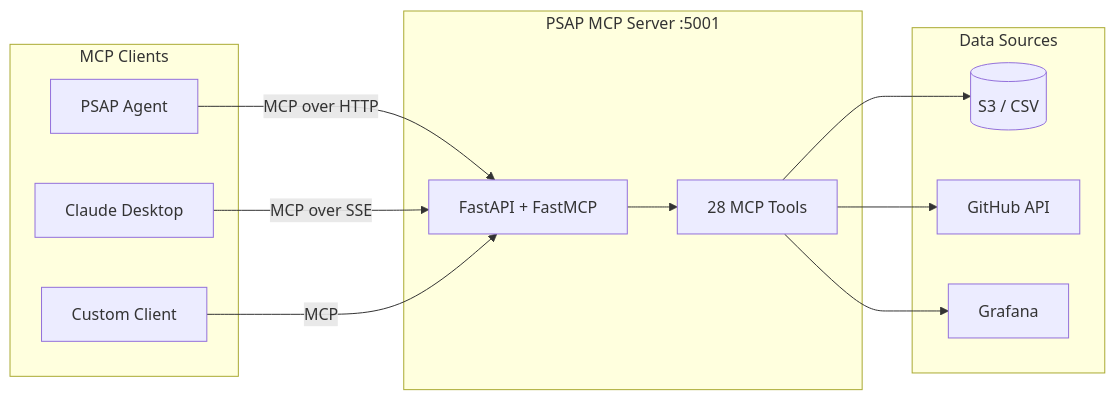
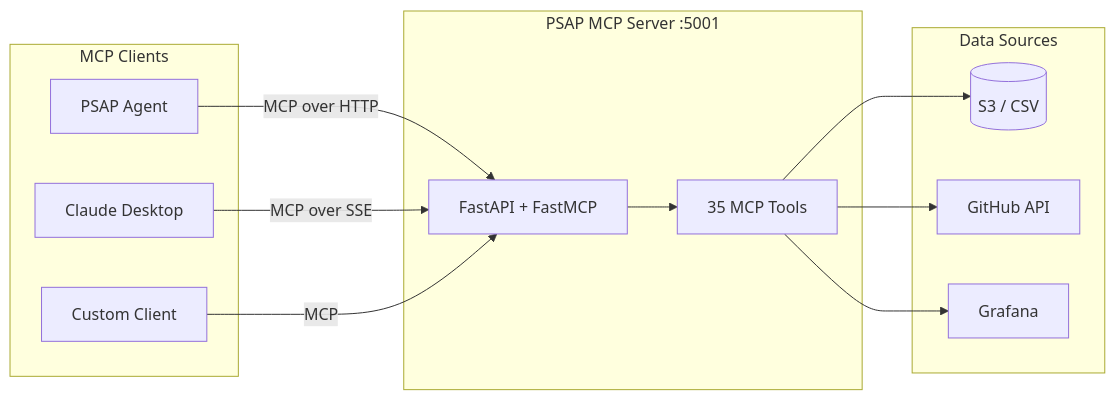
The diagram in psap-mcp-server/README.md (openshift-psap/Performance-Analysis-Agent), drawn with Mermaid before and after one commit. The commit also changed other lines of this file and 40 other files, not shown here.

````diff
--- a/psap-mcp-server/README.md
+++ b/psap-mcp-server/README.md
@@ -26,27 +26,27 @@
 ```mermaid
 graph LR
     subgraph clients [MCP Clients]
         Agent[PSAP Agent]
         Claude[Claude Desktop]
         Custom[Custom Client]
     end
 
     subgraph server [PSAP MCP Server :5001]
         API[FastAPI + FastMCP]
-        Tools[28 MCP Tools]
+        Tools[35 MCP Tools]
     end
 
     subgraph data [Data Sources]
         S3[(S3 / CSV)]
         GH[GitHub API]
         GF[Grafana]
     end
 
     Agent -->|MCP over HTTP| API
     Claude -->|MCP over SSE| API
     Custom -->|MCP| API
     API --> Tools
     Tools --> S3
     Tools --> GH
     Tools --> GF
 ```
````
